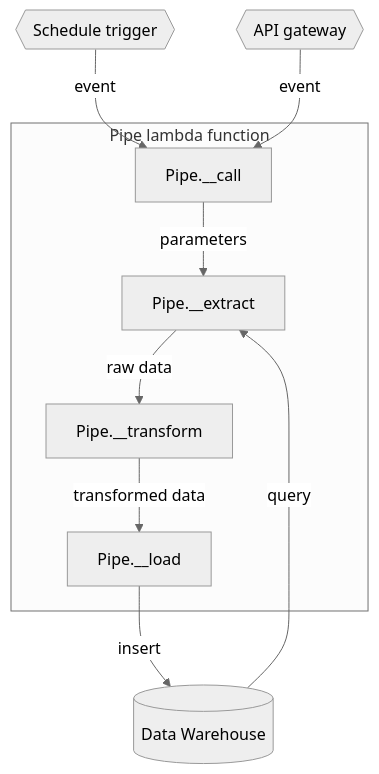
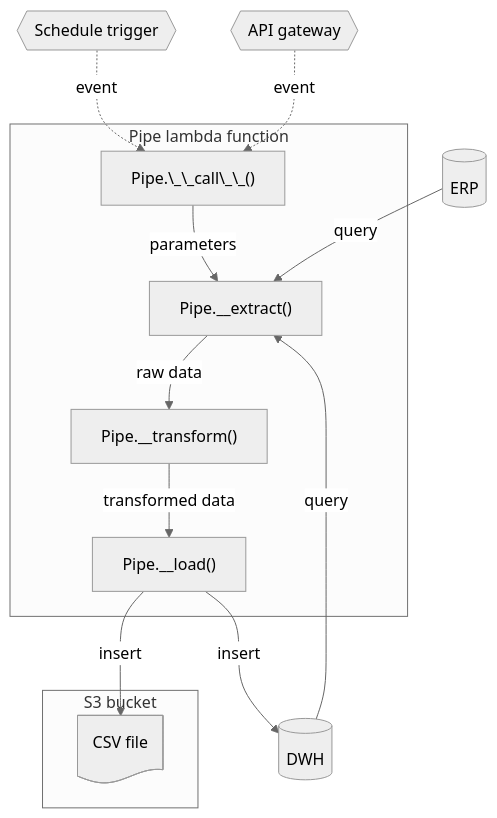
One commit to alexiscolinfr/aws-lambda-etl changed the diagram in README.md. Above: the diagram before and after it, drawn with Mermaid (neutral theme). The commit also changed other lines of this file and 4 other files, not shown here.

````diff
--- a/README.md
+++ b/README.md
@@ -7,21 +9,28 @@
 ```mermaid
 flowchart TB
-    schedule{{Schedule trigger}}
-    api{{API gateway}}
-    dwh[(Data Warehouse)]
+    schedule{{"Schedule trigger"}}
+    api{{"API gateway"}}
+    dwh[("DWH")]
+    erp[("ERP")]
 
-    subgraph Pipe lambda function
-        pipe[Pipe.__call]
-        extract[Pipe.__extract]
-        transform[Pipe.__transform]
-        load[Pipe.__load]
+    subgraph "Pipe lambda function"
+        pipe["Pipe.\_\_call\_\_()"]
+        extract["Pipe.__extract()"]
+        transform["Pipe.__transform()"]
+        load["Pipe.__load()"]
     end
 
-    schedule -- event --> pipe
-    api -- event --> pipe
+    subgraph "S3 bucket"
+        file@{shape: doc, label: "CSV file"}
+    end
+
+    schedule -. event .-> pipe
+    api -. event .-> pipe
     pipe -- parameters --> extract
+    erp -- query --> extract
     dwh -- query --> extract
     extract -- raw data --> transform
     transform -- transformed data --> load
     load -- insert --> dwh
+    load -- insert --> file
 ```
````
